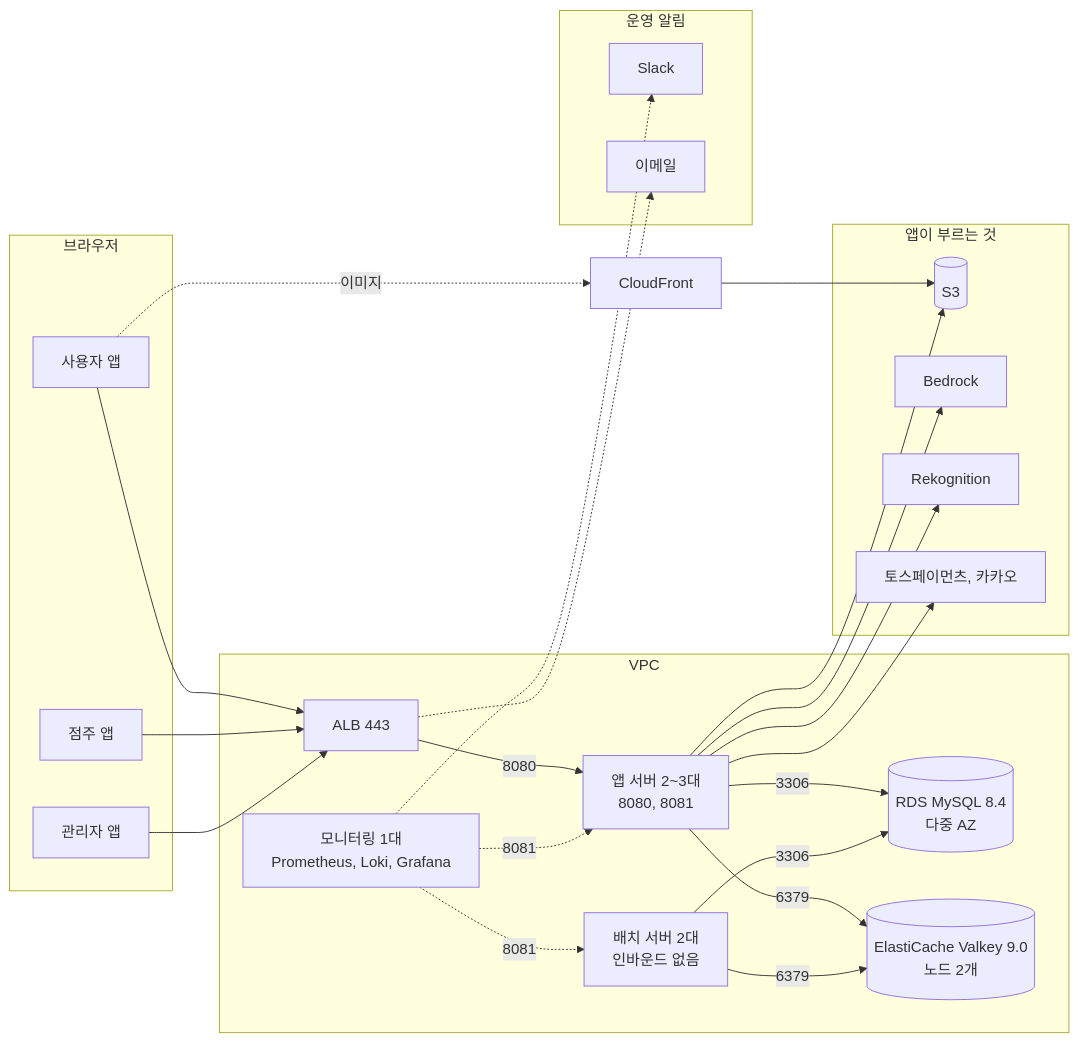
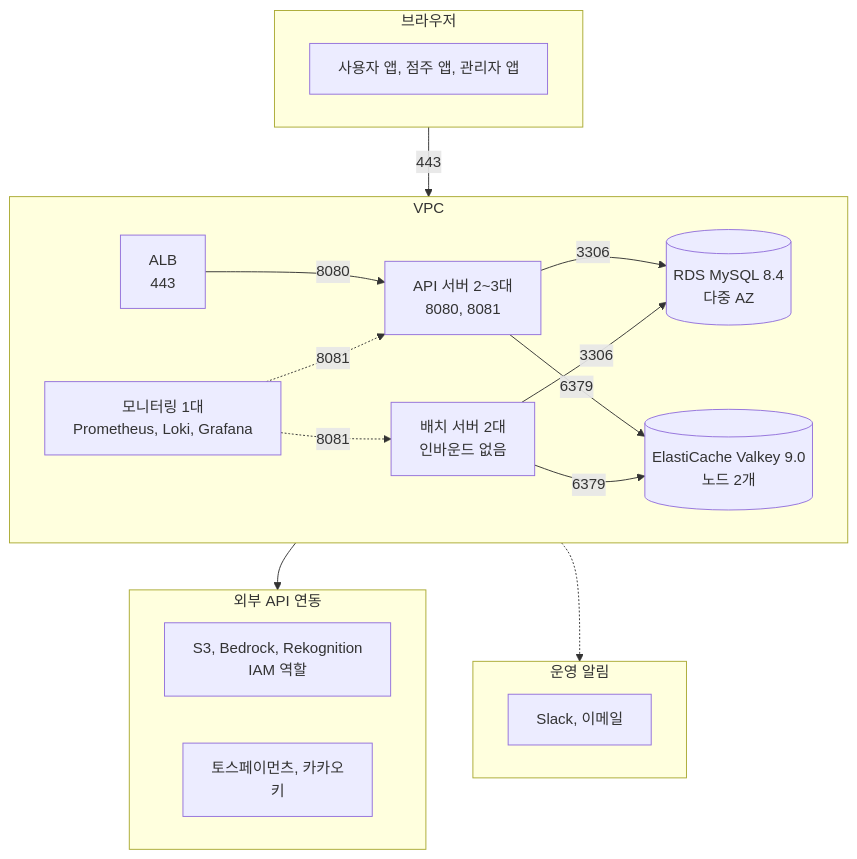
The first of 3 diagrams in README.md (lunch-catch/lc-backend), drawn with Mermaid before and after one commit. The commit also changed other lines of this file and 1 other file, not shown here.

Commit message:
[Docs] README 의 그림과 ERD 를 다듬고 라이선스를 명시한다

````diff
--- a/README.md
+++ b/README.md
@@ -68,49 +70,35 @@
 ```mermaid
-flowchart LR
+flowchart TB
     subgraph CLIENT["브라우저"]
-        USER["사용자 앱"]
-        OWNER["점주 앱"]
-        ADMIN["관리자 앱"]
+        APPS["사용자 앱, 점주 앱, 관리자 앱"]
     end
+
     subgraph VPC["VPC"]
-        ALB["ALB 443"]
-        APP["앱 서버 2~3대<br/>8080, 8081"]
+        ALB["ALB<br/>443"]
+        API["API 서버 2~3대<br/>8080, 8081"]
         BATCH["배치 서버 2대<br/>인바운드 없음"]
         MON["모니터링 1대<br/>Prometheus, Loki, Grafana"]
         RDS[("RDS MySQL 8.4<br/>다중 AZ")]
         CACHE[("ElastiCache Valkey 9.0<br/>노드 2개")]
+        ALB -->|8080| API
+        API -->|3306| RDS
+        API -->|6379| CACHE
+        BATCH -->|3306| RDS
+        BATCH -->|6379| CACHE
+        MON -.->|8081| API
+        MON -.->|8081| BATCH
     end
 
-    CF["CloudFront"]
-
     subgraph ALERTS["운영 알림"]
-        SLACK["Slack"]
-        MAIL["이메일"]
+        NOTIFY["Slack, 이메일"]
     end
 
-    subgraph CALLS["앱이 부르는 것"]
-        S3[("S3")]
-        BEDROCK["Bedrock"]
-        REKOG["Rekognition"]
-        EXT["토스페이먼츠, 카카오"]
+    subgraph CALLS["외부 API 연동"]
+        AWSSVC["S3, Bedrock, Rekognition<br/>IAM 역할"]
+        EXTAPI["토스페이먼츠, 카카오<br/>키"]
     end
 
-    USER --> ALB
-    OWNER --> ALB
-    ADMIN --> ALB
-    USER -.->|이미지| CF
-    CF --> S3
-    ALB -->|8080| APP
-    APP -->|3306| RDS
-    APP -->|6379| CACHE
-    BATCH -->|3306| RDS
-    BATCH -->|6379| CACHE
-    MON -.->|8081| APP
-    MON -.->|8081| BATCH
-    APP --> S3
-    APP --> BEDROCK
-    APP --> REKOG
-    APP --> EXT
-    MON -.-> SLACK
-    ALB -.-> MAIL
+    CLIENT -->|443| VPC
+    VPC --> CALLS
+    VPC -.-> ALERTS
 ```
````
